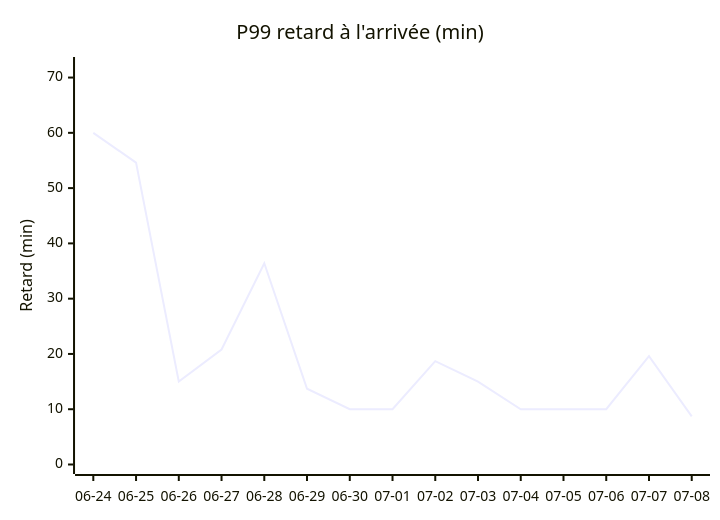
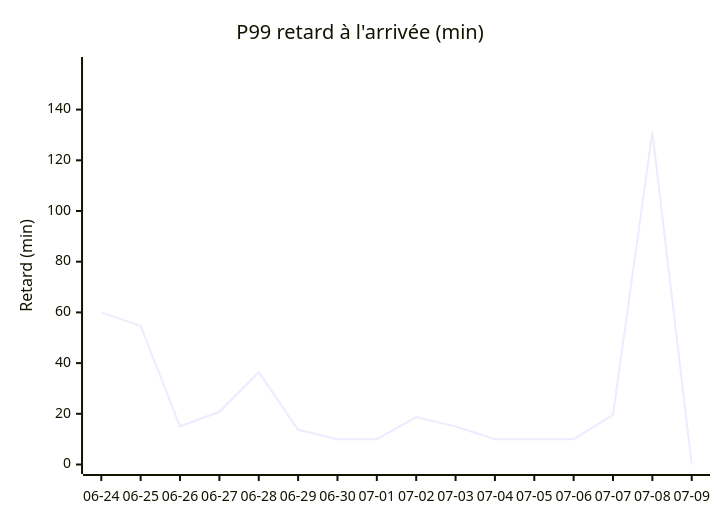
The second of 4 diagrams in STATS.md (antoinerep/horaire-ter), drawn with Mermaid before and after one commit. The commit also changed other lines of this file and 1 other file, not shown here.

````diff
--- a/STATS.md
+++ b/STATS.md
@@ -39,7 +39,7 @@
 ```mermaid
 xychart-beta
     title "P99 retard à l'arrivée (min)"
-    x-axis ["06-24", "06-25", "06-26", "06-27", "06-28", "06-29", "06-30", "07-01", "07-02", "07-03", "07-04", "07-05", "07-06", "07-07", "07-08"]
-    y-axis "Retard (min)" 0 --> 72
-    line [60.0, 54.6, 15.0, 20.8, 36.4, 13.7, 10.0, 10.0, 18.7, 15.0, 10.0, 10.0, 10.0, 19.6, 8.7]
+    x-axis ["06-24", "06-25", "06-26", "06-27", "06-28", "06-29", "06-30", "07-01", "07-02", "07-03", "07-04", "07-05", "07-06", "07-07", "07-08", "07-09"]
+    y-axis "Retard (min)" 0 --> 157
+    line [60.0, 54.6, 15.0, 20.8, 36.4, 13.7, 10.0, 10.0, 18.7, 15.0, 10.0, 10.0, 10.0, 19.6, 131.1, 0.0]
 ```
````
